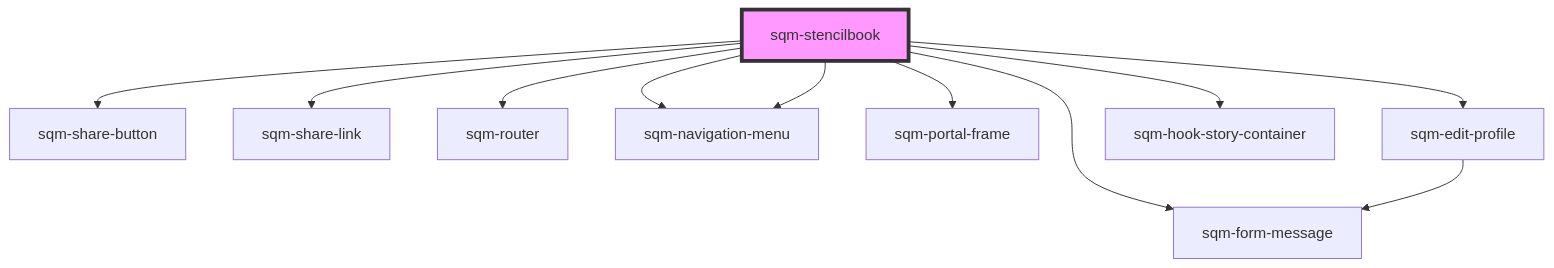
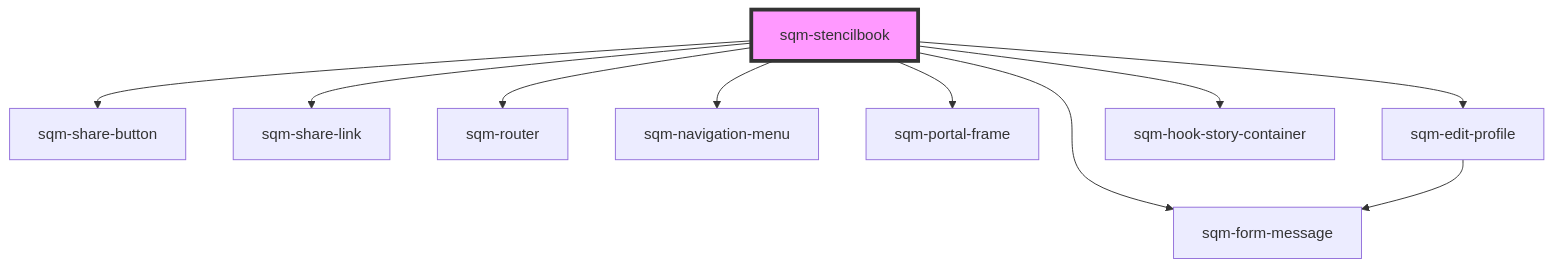
One commit to saasquatch/program-tools changed the diagram in packages/mint-components/src/components/sqm-stencilbook/readme.md. Above: the diagram before and after it, drawn with Mermaid. The commit also changed other lines of this file and 2 other files, not shown here.

````diff
--- a/packages/mint-components/src/components/sqm-stencilbook/readme.md
+++ b/packages/mint-components/src/components/sqm-stencilbook/readme.md
@@ -23,14 +22,13 @@
 ```mermaid
 graph TD;
   sqm-stencilbook --> sqm-share-button
   sqm-stencilbook --> sqm-share-link
   sqm-stencilbook --> sqm-router
   sqm-stencilbook --> sqm-navigation-menu
   sqm-stencilbook --> sqm-portal-frame
   sqm-stencilbook --> sqm-edit-profile
+  sqm-stencilbook --> sqm-form-message
   sqm-stencilbook --> sqm-hook-story-container
-  sqm-stencilbook --> sqm-navigation-menu
-  sqm-stencilbook --> sqm-form-message
   sqm-edit-profile --> sqm-form-message
   style sqm-stencilbook fill:#f9f,stroke:#333,stroke-width:4px
 ```
````
